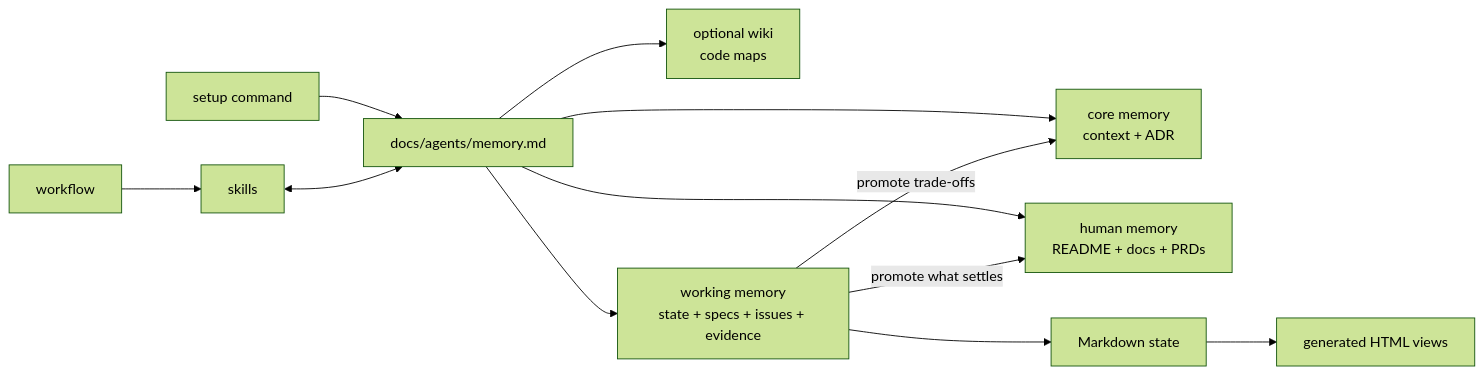
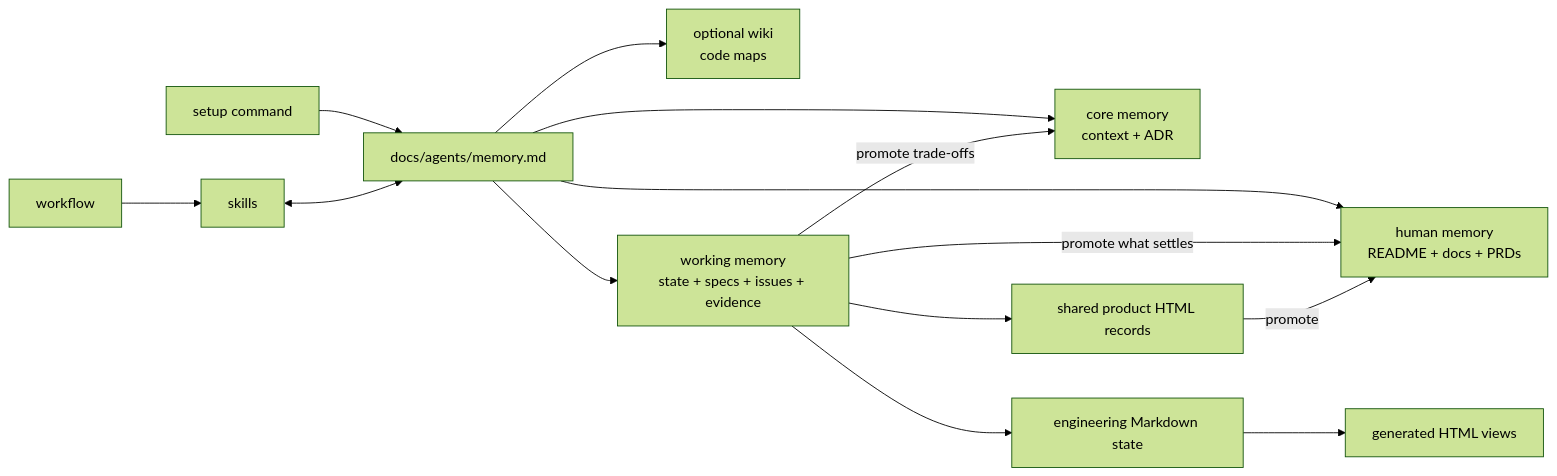
One commit to XinheLIU/agent-coding-skills changed the diagram in system/README.md. Above: the diagram before and after it, drawn with Mermaid (forest theme). The commit also changed other lines of this file and 7 other files, not shown here.

First line of the commit message:
Sync system docs to the craft-context split and product HTML memory

````diff
--- a/system/README.md
+++ b/system/README.md
@@ -9,14 +9,16 @@
 ```mermaid
 flowchart LR
     C[setup command] --> P[docs/agents/memory.md]
     W[workflow] --> S[skills]
     S <--> P
     P --> CORE[core memory<br/>context + ADR]
     P --> HUMAN[human memory<br/>README + docs + PRDs]
     P --> WIKI[optional wiki<br/>code maps]
     P --> WORK[working memory<br/>state + specs + issues + evidence]
     WORK -->|promote what settles| HUMAN
     WORK -->|promote trade-offs| CORE
-    WORK --> MD[Markdown state]
+    WORK --> PRODUCT[shared product HTML records]
+    PRODUCT -->|promote| HUMAN
+    WORK --> MD[engineering Markdown state]
     MD --> HTML[generated HTML views]
 ```
````
